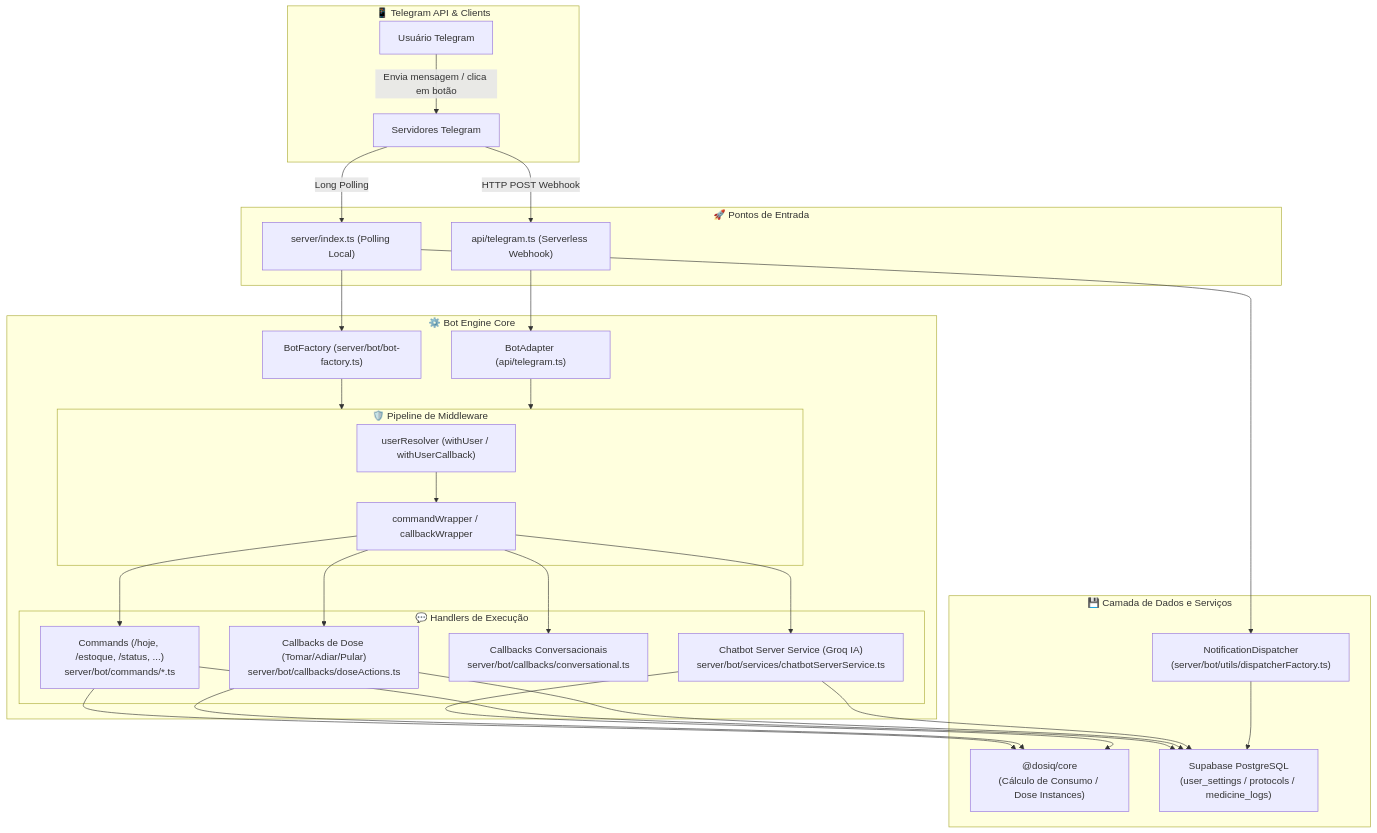
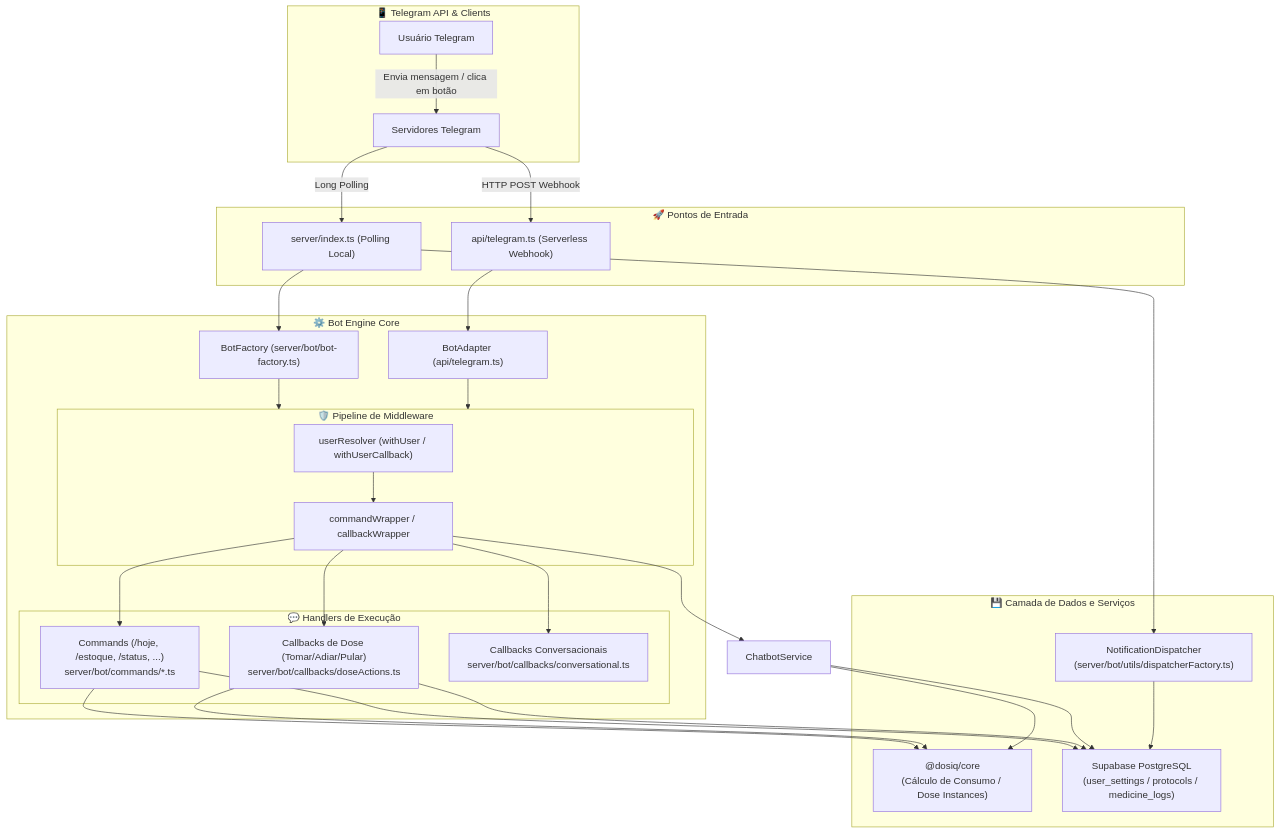
The first of 3 diagrams in docs/architecture/TELEGRAM_BOT.md (coelhotv/dosiq), drawn with Mermaid before and after one commit. The commit also changed other lines of this file and 8 other files, not shown here.

````diff
--- a/docs/architecture/TELEGRAM_BOT.md
+++ b/docs/architecture/TELEGRAM_BOT.md
@@ -45,61 +44,60 @@
 ```mermaid
 flowchart TD
     subgraph Clients["📱 Telegram API & Clients"]
         TGUser["Usuário Telegram"]
         TGServer["Servidores Telegram"]
     end
 
     subgraph Entrypoints["🚀 Pontos de Entrada"]
         Polling["server/index.ts (Polling Local)"]
         Webhook["api/telegram.ts (Serverless Webhook)"]
     end
 
     subgraph CoreEngine["⚙️ Bot Engine Core"]
         Factory["BotFactory (server/bot/bot-factory.ts)"]
         Adapter["BotAdapter (api/telegram.ts)"]
         
         subgraph Pipeline["🛡️ Pipeline de Middleware"]
             UR["userResolver (withUser / withUserCallback)"]
             CW["commandWrapper / callbackWrapper"]
         end
 
         subgraph Handlers["💬 Handlers de Execução"]
             Cmds["Commands (/hoje, /estoque, /status, ...)\nserver/bot/commands/*.ts"]
             DoseActions["Callbacks de Dose (Tomar/Adiar/Pular)\nserver/bot/callbacks/doseActions.ts"]
             ConvCallbacks["Callbacks Conversacionais\nserver/bot/callbacks/conversational.ts"]
-            ChatbotService["Chatbot Server Service (Groq IA)\nserver/bot/services/chatbotServerService.ts"]
         end
     end
 
     subgraph DataLayer["💾 Camada de Dados e Serviços"]
         CoreLib["@dosiq/core\n(Cálculo de Consumo / Dose Instances)"]
         Supabase["Supabase PostgreSQL\n(user_settings / protocols / medicine_logs)"]
         Dispatcher["NotificationDispatcher\n(server/bot/utils/dispatcherFactory.ts)"]
     end
 
     TGUser -->|Envia mensagem / clica em botão| TGServer
     TGServer -->|Long Polling| Polling
     TGServer -->|HTTP POST Webhook| Webhook
 
     Polling --> Factory
     Webhook --> Adapter
 
     Factory --> Pipeline
     Adapter --> Pipeline
 
     UR --> CW
     CW --> Cmds
     CW --> DoseActions
     CW --> ConvCallbacks
     CW --> ChatbotService
 
     Cmds --> CoreLib
     Cmds --> Supabase
     DoseActions --> Supabase
     DoseActions --> CoreLib
     ChatbotService --> CoreLib
     ChatbotService --> Supabase
     
     Polling --> Dispatcher
     Dispatcher --> Supabase
 ```
````
